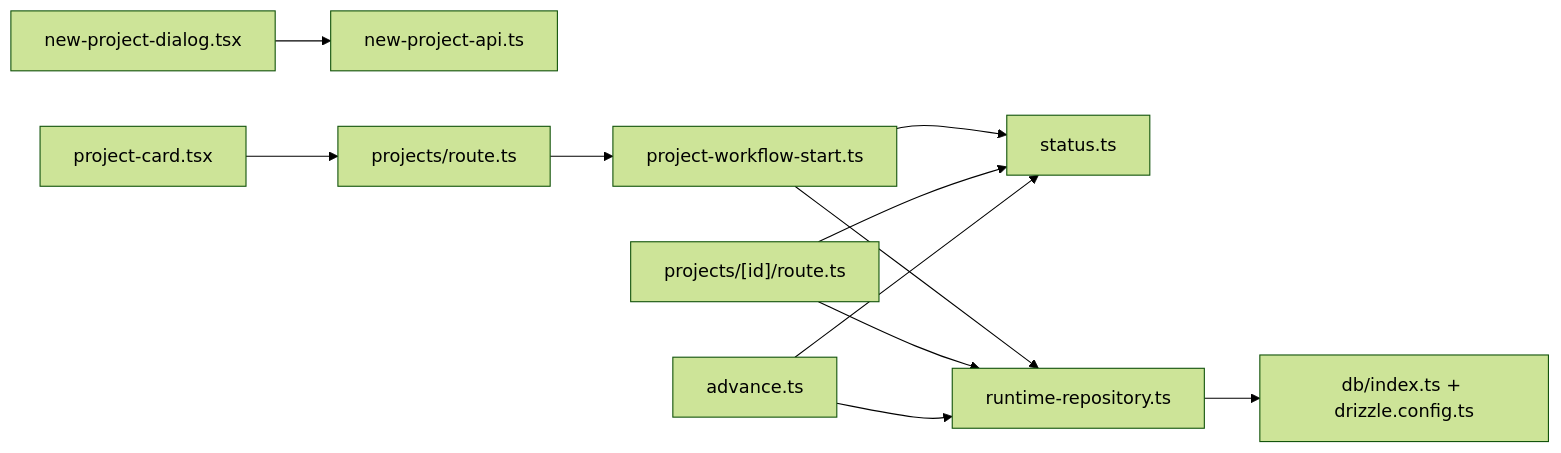
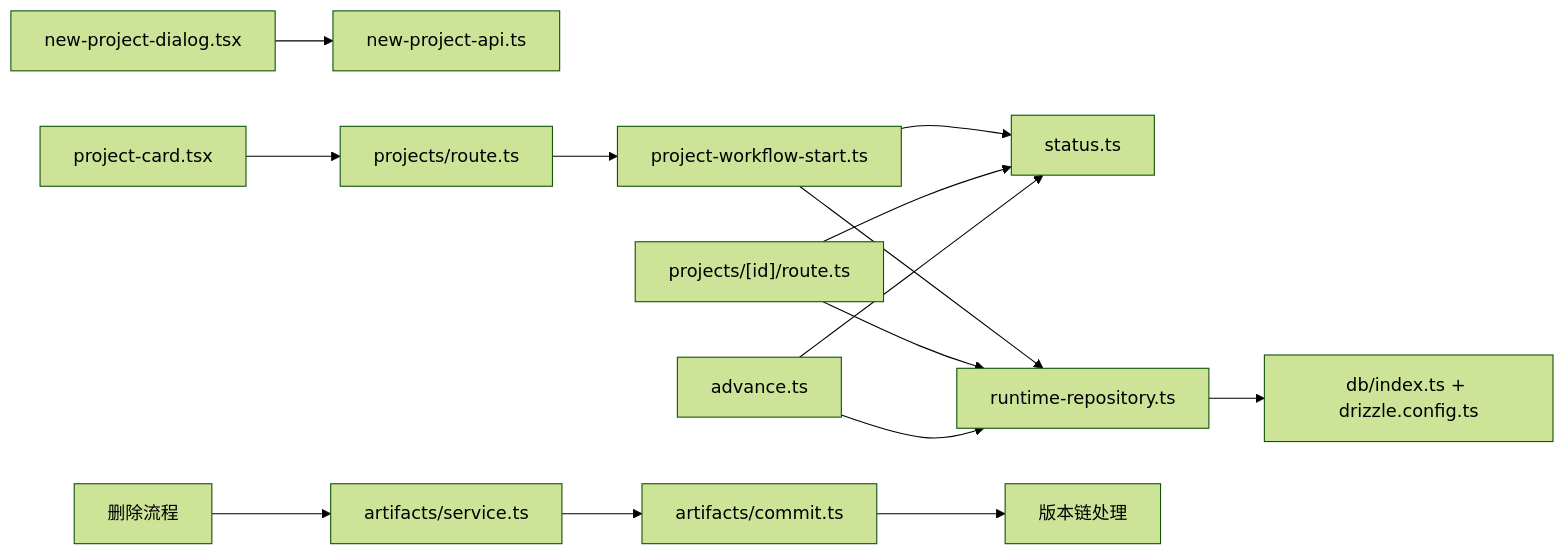
Before and after one commit to scottcwy/PurpleInk: the ninth of 9 diagrams in .qoder/repowiki/zh/content/项目管理/项目生命周期管理.md, drawn with Mermaid (forest theme). The commit also changed other lines of this file and 23 other files, not shown here.

````diff
--- a/.qoder/repowiki/zh/content/项目管理/项目生命周期管理.md
+++ b/.qoder/repowiki/zh/content/项目管理/项目生命周期管理.md
@@ -373,13 +460,16 @@
 ```mermaid
 graph LR
 NewDialog["new-project-dialog.tsx"] --> NewAPI["new-project-api.ts"]
 ProjectCard["project-card.tsx"] --> ProjectsAPI["projects/route.ts"]
 ProjectsAPI --> WorkflowStart["project-workflow-start.ts"]
 WorkflowStart --> Status["status.ts"]
 WorkflowStart --> RuntimeRepo["runtime-repository.ts"]
 UpdateAPI["projects/[id]/route.ts"] --> Status
 UpdateAPI --> RuntimeRepo
 Advance["advance.ts"] --> RuntimeRepo
 Advance --> Status
 RuntimeRepo --> DB["db/index.ts + drizzle.config.ts"]
+DeleteFlow["删除流程"] --> ArtifactService["artifacts/service.ts"]
+ArtifactService --> CommitHandler["artifacts/commit.ts"]
+CommitHandler --> VersionChain["版本链处理"]
 ```
````
